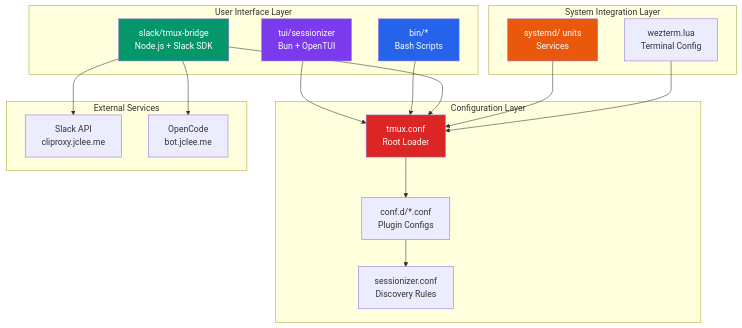
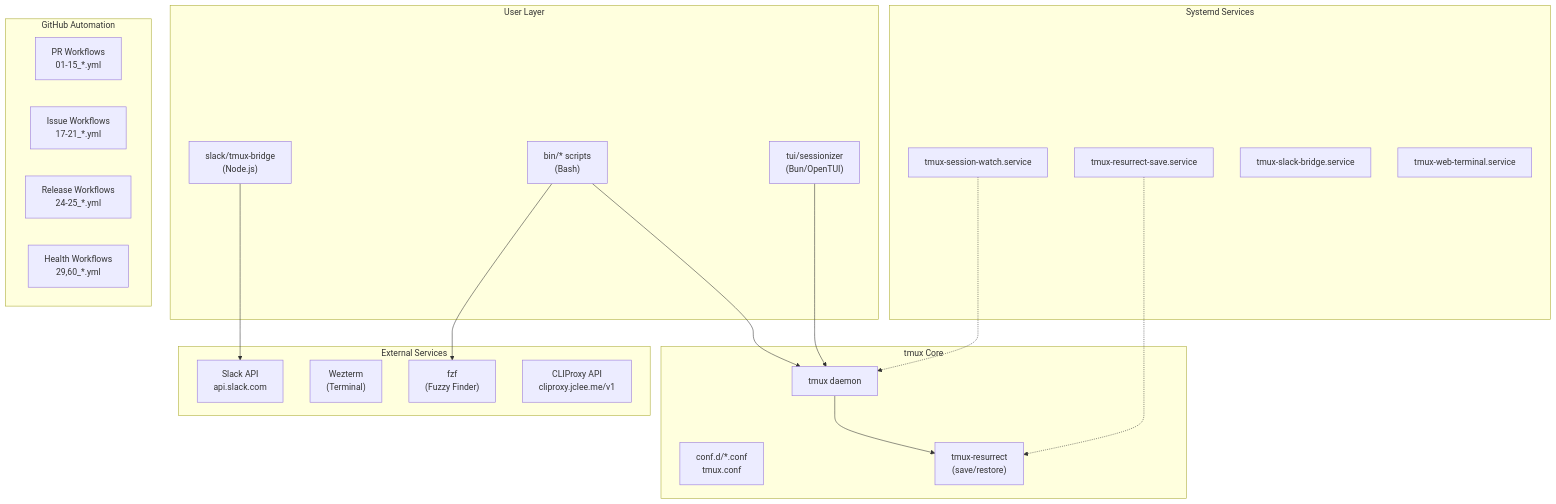
One commit to jclee941/tmux changed the diagram in README.md. Above: the diagram before and after it, drawn with Mermaid. The commit also changed other lines of this file, not shown here.

````diff
--- a/README.md
+++ b/README.md
@@ -61,40 +60,44 @@
 ```mermaid
 flowchart TB
-    subgraph "User Interface Layer"
-        TUI["tui/sessionizer<br/>Bun + OpenTUI"]
-        CLI["bin/*<br/>Bash Scripts"]
-        SLACK["slack/tmux-bridge<br/>Node.js + Slack SDK"]
+    subgraph User["User Layer"]
+        CLI["bin/* scripts<br/>(Bash)"]
+        TUI["tui/sessionizer<br/>(Bun/OpenTUI)"]
+        SlackBot["slack/tmux-bridge<br/>(Node.js)"]
     end
 
-    subgraph "Configuration Layer"
-        TMUX_CONF["tmux.conf<br/>Root Loader"]
-        CONF_D["conf.d/*.conf<br/>Plugin Configs"]
-        SESSIONIZER_CONF["sessionizer.conf<br/>Discovery Rules"]
+    subgraph Core["tmux Core"]
+        TMUX["tmux daemon"]
+        CONF["conf.d/*.conf<br/>tmux.conf"]
+        RESURRECT["tmux-resurrect<br/>(save/restore)"]
     end
 
-    subgraph "System Integration Layer"
-        SYSTEMD["systemd/ units<br/>Services"]
-        WEZTERM["wezterm.lua<br/>Terminal Config"]
+    subgraph Services["Systemd Services"]
+        SAVE["tmux-resurrect-save.service"]
+        WATCH["tmux-session-watch.service"]
+        SLACK["tmux-slack-bridge.service"]
+        WEB["tmux-web-terminal.service"]
     end
 
-    subgraph "External Services"
-        SLACK_API["Slack API<br/>cliproxy.jclee.me"]
-        OPENCODE["OpenCode<br/>bot.jclee.me"]
+    subgraph External["External Services"]
+        SLACK_API["Slack API<br/>api.slack.com"]
+        WEZTERM["Wezterm<br/>(Terminal)"]
+        FZF["fzf<br/>(Fuzzy Finder)"]
+        CLIProxy["CLIProxy API<br/>cliproxy.jclee.me/v1"]
     end
 
-    TUI --> TMUX_CONF
-    CLI --> TMUX_CONF
-    SLACK --> TMUX_CONF
-    TMUX_CONF --> CONF_D
-    CONF_D --> SESSIONIZER_CONF
-    SYSTEMD --> TMUX_CONF
-    WEZTERM --> TMUX_CONF
-    SLACK --> SLACK_API
-    SLACK --> OPENCODE
+    CLI --> TMUX
+    TUI --> TMUX
+    SlackBot --> SLACK_API
+    CLI --> FZF
+    TMUX --> RESURRECT
+    SAVE -.-> RESURRECT
+    WATCH -.-> TMUX
 
-    style TUI fill:#7c3aed,color:#fff
-    style CLI fill:#2563eb,color:#fff
-    style SLACK fill:#059669,color:#fff
-    style TMUX_CONF fill:#dc2626,color:#fff
-    style SYSTEMD fill:#ea580c,color:#fff
+    subgraph GitHubAutomation["GitHub Automation"]
+        direction LR
+        PR["PR Workflows<br/>01-15_*.yml"]
+        Issue["Issue Workflows<br/>17-21_*.yml"]
+        Release["Release Workflows<br/>24-25_*.yml"]
+        Health["Health Workflows<br/>29,60_*.yml"]
+    end
 ```
````
